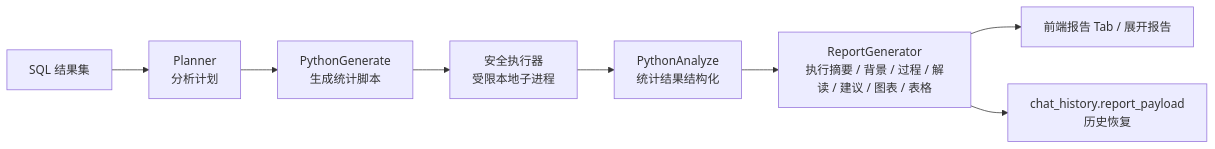
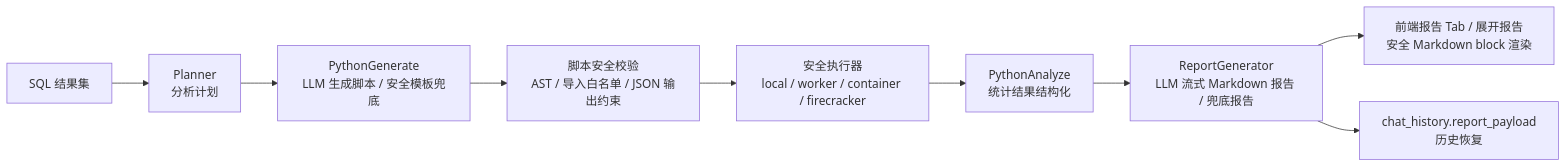
The sixth of 7 diagrams in docs/project-design.md (TtonyLiang/data-agent), drawn with Mermaid before and after one commit. The commit also changed other lines of this file and 64 other files, not shown here.

````diff
--- a/docs/project-design.md
+++ b/docs/project-design.md
@@ -195,10 +224,11 @@
 ```mermaid
 flowchart LR
   SQL["SQL 结果集"] --> PLAN["Planner<br/>分析计划"]
-  PLAN --> PYGEN["PythonGenerate<br/>生成统计脚本"]
-  PYGEN --> EXEC["安全执行器<br/>受限本地子进程"]
+  PLAN --> PYGEN["PythonGenerate<br/>LLM 生成脚本 / 安全模板兜底"]
+  PYGEN --> CHECK["脚本安全校验<br/>AST / 导入白名单 / JSON 输出约束"]
+  CHECK --> EXEC["安全执行器<br/>local / worker / container / firecracker"]
   EXEC --> PYANA["PythonAnalyze<br/>统计结果结构化"]
-  PYANA --> REPORT["ReportGenerator<br/>执行摘要 / 背景 / 过程 / 解读 / 建议 / 图表 / 表格"]
-  REPORT --> UI["前端报告 Tab / 展开报告"]
+  PYANA --> REPORT["ReportGenerator<br/>LLM 流式 Markdown 报告 / 兜底报告"]
+  REPORT --> UI["前端报告 Tab / 展开报告<br/>安全 Markdown block 渲染"]
   REPORT --> HISTORY["chat_history.report_payload<br/>历史恢复"]
 ```
````
